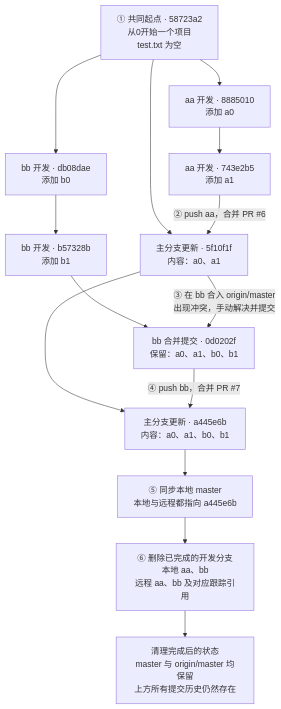
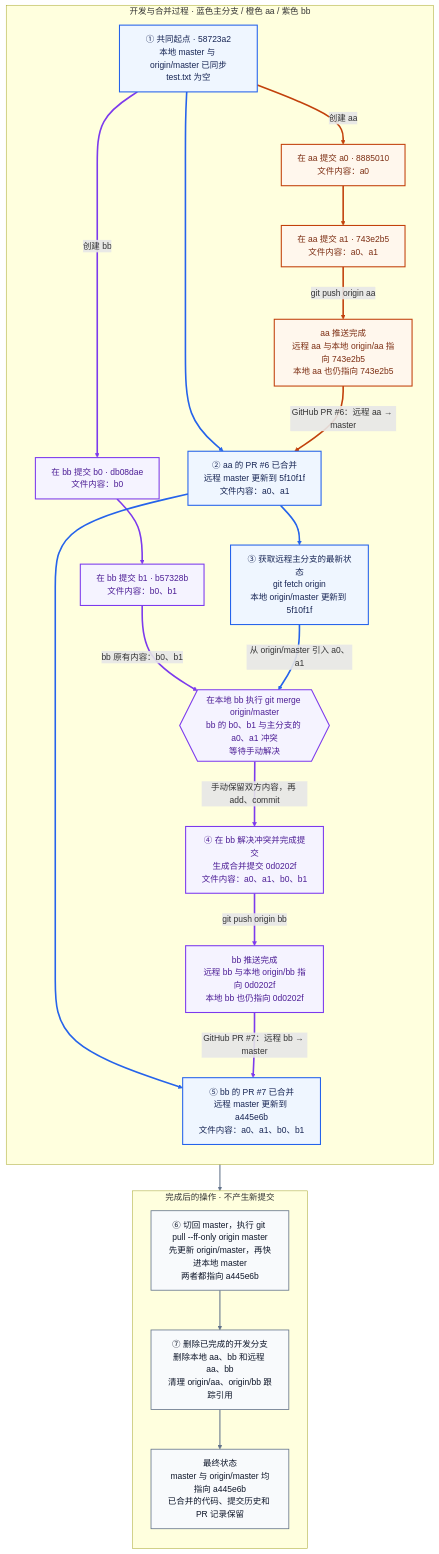
The diagram in other/Git 团队开发流程：从分支开发到合并与清理.md (dcdmm/MyNote), drawn with Mermaid before and after one commit. The commit also changed other lines of this file, not shown here.

Commit message:
哈哈.是否太晚了

````diff
--- a/other/Git 团队开发流程：从分支开发到合并与清理.md
+++ b/other/Git 团队开发流程：从分支开发到合并与清理.md
@@ -5,45 +3,60 @@
 ```mermaid
+flowchart TD
+    subgraph HISTORY["开发与合并过程 · 蓝色主分支 / 橙色 aa / 紫色 bb"]
+        direction TD
 
-flowchart TD
+        O["① 共同起点 · 58723a2<br/>本地 master 与 origin/master 已同步<br/>test.txt 为空"]
+        A0["在 aa 提交 a0 · 8885010<br/>文件内容：a0"]
+        A1["在 aa 提交 a1 · 743e2b5<br/>文件内容：a0、a1"]
+        RA["aa 推送完成<br/>远程 aa 与本地 origin/aa 指向 743e2b5<br/>本地 aa 也仍指向 743e2b5"]
+        B0["在 bb 提交 b0 · db08dae<br/>文件内容：b0"]
+        B1["在 bb 提交 b1 · b57328b<br/>文件内容：b0、b1"]
+        P6["② aa 的 PR #6 已合并<br/>远程 master 更新到 5f10f1f<br/>文件内容：a0、a1"]
+        FM["③ 获取远程主分支的最新状态<br/>git fetch origin<br/>本地 origin/master 更新到 5f10f1f"]
+        X{{"在本地 bb 执行 git merge origin/master<br/>bb 的 b0、b1 与主分支的 a0、a1 冲突<br/>等待手动解决"}}
+        M["④ 在 bb 解决冲突并完成提交<br/>生成合并提交 0d0202f<br/>文件内容：a0、a1、b0、b1"]
+        RB["bb 推送完成<br/>远程 bb 与本地 origin/bb 指向 0d0202f<br/>本地 bb 也仍指向 0d0202f"]
+        P7["⑤ bb 的 PR #7 已合并<br/>远程 master 更新到 a445e6b<br/>文件内容：a0、a1、b0、b1"]
 
-    O["① 共同起点 · 58723a2<br/>从0开始一个项目<br/>test.txt 为空"]
+        O -->|"创建 aa"| A0
+        A0 --> A1
+        A1 -->|"git push origin aa"| RA
+        O -->|"创建 bb"| B0
+        B0 --> B1
+        O --> P6
+        RA -->|"GitHub PR #6：远程 aa → master"| P6
+        P6 --> FM
+        B1 -->|"bb 原有内容：b0、b1"| X
+        FM -->|"从 origin/master 引入 a0、a1"| X
+        X -->|"手动保留双方内容，再 add、commit"| M
+        M -->|"git push origin bb"| RB
+        P6 --> P7
+        RB -->|"GitHub PR #7：远程 bb → master"| P7
+    end
 
-  
+    subgraph CLEANUP["完成后的操作 · 不产生新提交"]
+        direction TD
+        S["⑥ 切回 master，执行 git pull --ff-only origin master<br/>先更新 origin/master，再快进本地 master<br/>两者都指向 a445e6b"]
+        D["⑦ 删除已完成的开发分支<br/>删除本地 aa、bb 和远程 aa、bb<br/>清理 origin/aa、origin/bb 跟踪引用"]
+        F["最终状态<br/>master 与 origin/master 均指向 a445e6b<br/>已合并的代码、提交历史和 PR 记录保留"]
+    end
 
-    O --> A0["aa 开发 · 8885010<br/>添加 a0"]
+    P7 --> S
+    S --> D
+    D --> F
 
-    A0 --> A1["aa 开发 · 743e2b5<br/>添加 a1"]
+    classDef mainNode fill:#eff6ff,stroke:#2563eb,color:#172554,stroke-width:2px;
+    classDef aaNode fill:#fff7ed,stroke:#c2410c,color:#7c2d12,stroke-width:2px;
+    classDef bbNode fill:#f5f3ff,stroke:#7c3aed,color:#4c1d95,stroke-width:2px;
+    classDef actionNode fill:#f8fafc,stroke:#64748b,color:#0f172a,stroke-width:1.5px;
 
-  
+    class O,P6,FM,P7 mainNode;
+    class A0,A1,RA aaNode;
+    class B0,B1,X,M,RB bbNode;
+    class S,D,F actionNode;
 
-    O --> B0["bb 开发 · db08dae<br/>添加 b0"]
-
-    B0 --> B1["bb 开发 · b57328b<br/>添加 b1"]
-
-  
-
-    O --> P6
-
-    A1 -->|"② push aa，合并 PR #6"| P6["主分支更新 · 5f10f1f<br/>内容：a0、a1"]
-
-  
-
-    B1 --> M
-
-    P6 -->|"③ 在 bb 合入 origin/master<br/>出现冲突，手动解决并提交"| M["bb 合并提交 · 0d0202f<br/>保留：a0、a1、b0、b1"]
-
-  
-
-    P6 --> P7
-
-    M -->|"④ push bb，合并 PR #7"| P7["主分支更新 · a445e6b<br/>内容：a0、a1、b0、b1"]
-
-  
-
-    P7 --> S["⑤ 同步本地 master<br/>本地与远程都指向 a445e6b"]
-
-    S --> D["⑥ 删除已完成的开发分支<br/>本地 aa、bb<br/>远程 aa、bb 及对应跟踪引用"]
-
-    D --> F["清理完成后的状态<br/>master 与 origin/master 均保留<br/>上方所有提交历史仍然存在"]
-
+    linkStyle 0,1,2,6 stroke:#c2410c,stroke-width:3px;
+    linkStyle 3,4,8,10,11,13 stroke:#7c3aed,stroke-width:3px;
+    linkStyle 5,7,9,12 stroke:#2563eb,stroke-width:3px;
+    linkStyle 14,15,16 stroke:#64748b,stroke-width:2px;
 ```
````
